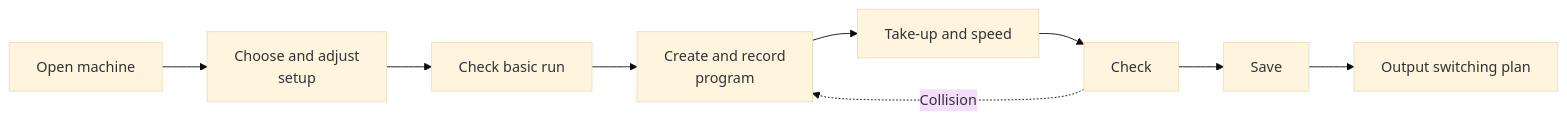
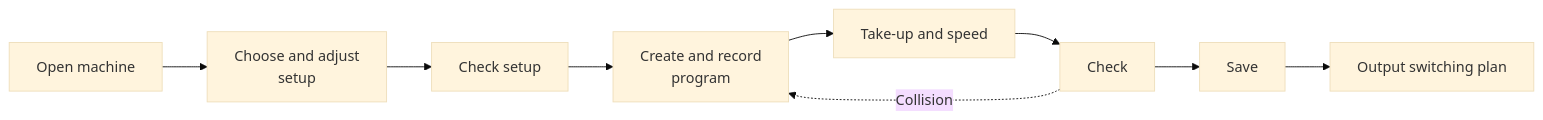
Before and after one commit to Herzog-GmbH/HerzogCAB-Docs: the diagram in docs/tasks/create-braiding-program.en.md, drawn with Mermaid (base theme). The commit also changed other lines of this file and 26 other files, not shown here.

````diff
--- a/docs/tasks/create-braiding-program.en.md
+++ b/docs/tasks/create-braiding-program.en.md
@@ -13,11 +13,11 @@
 ```mermaid
 flowchart LR
   A["Open machine"] --> B["Choose and adjust<br>setup"]
-  B --> C["Check basic run"]
+  B --> C["Check setup"]
   C --> D["Create and record<br>program"]
   D --> E["Take-up and speed"]
   E --> F["Check"]
   F --> G["Save"]
   G --> H["Output switching plan"]
   F -. Collision .-> D
 ```
````
